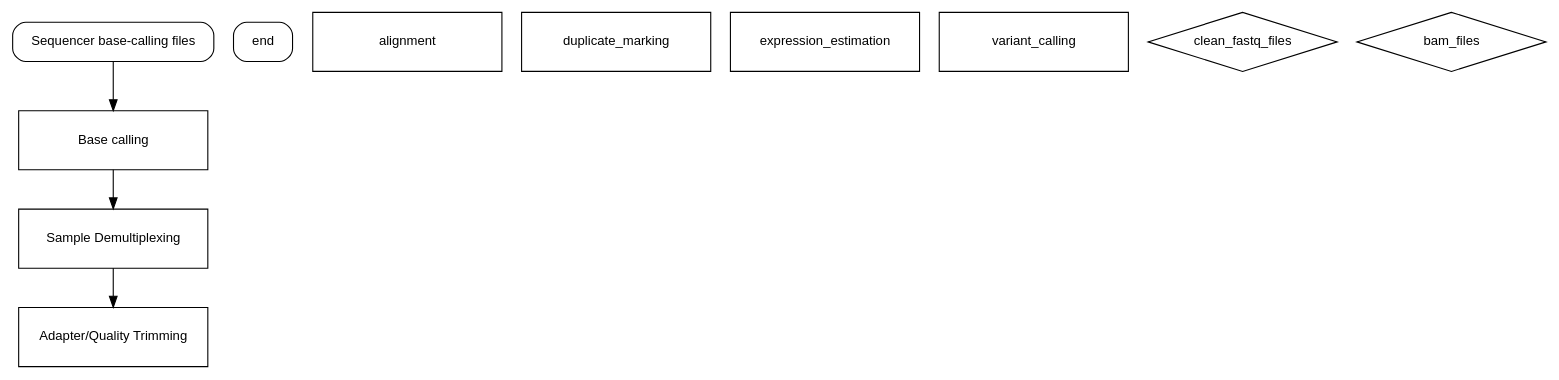
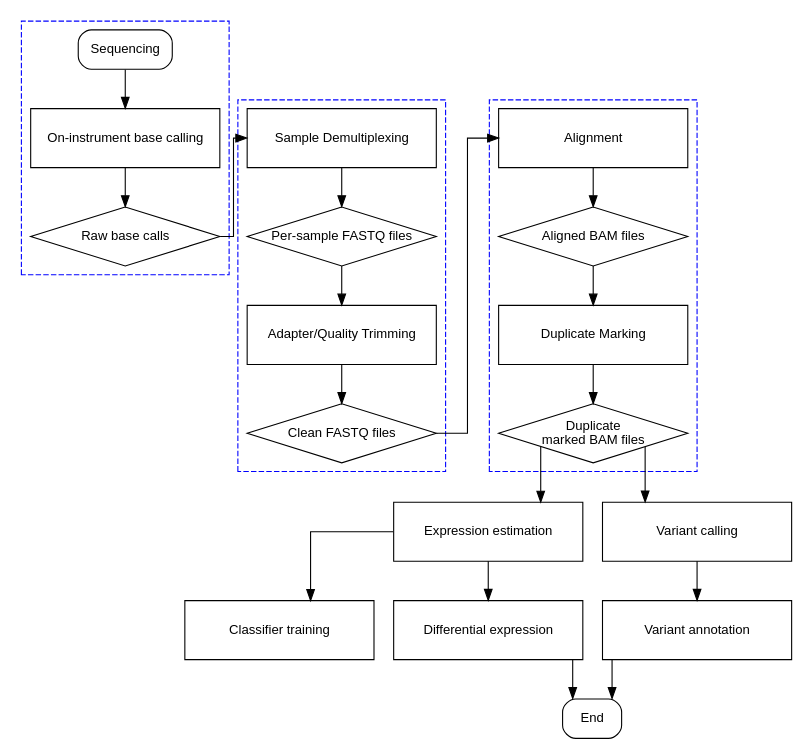
Before and after one commit to cbrueffer/phd_thesis_plots: the diagram in rnaseq_computational_workflow/rnaseq_computational_workflow.gv, drawn with Graphviz. The commit also changed 1 other file, not shown here.

Commit message:
Flesh out the RNA-seq computational workflow.

```diff
--- a/rnaseq_computational_workflow/rnaseq_computational_workflow.gv
+++ b/rnaseq_computational_workflow/rnaseq_computational_workflow.gv
@@ -1,45 +1,89 @@
+#
+# Computational RNA-seq workflow
+#
+
 digraph G {
-    #label = "General RNA-seq Workflow";
     graph [splines=ortho];
     newrank=true;
 
     node[nodesep=0.1, ranksep=0.6, fontsize=15];
     edge[weight=1.6];
 
     node[shape="box", style="rounded", fontsize=12, fontname = "helvetica"]
         start; end;
     node[shape="rect", style="", fixedsize=true, width="2.4", height="0.75", fontsize=12, fontname = "helvetica", fillcolor = "#ffffff"]
 	    base_calling; demultiplexing; alignment; duplicate_marking; trimming; expression_estimation;
-	    variant_calling;
+	    variant_calling; variant_anno; differential_expression; classifier_training;
 	node[shape="diamond", style="", fixedsize=true, width="2.4", height="0.75"]
-		clean_fastq_files; bam_files;
+		base_calls; demultiplexed_fastq; clean_fastq_files; bam_files; bam_files_markdup;
 
     # define nodes
-    start [label="Sequencer base-calling files"];
-    base_calling [label="Base calling"];
+    start [label="Sequencing"];
+    base_calling [label="On-instrument base calling"];
+    base_calls [label="Raw base calls"];
     demultiplexing [label="Sample Demultiplexing"];
-#    clean_fastq_files [label="Clean FASTQ files"];
-#    bam_files [label="Aligned BAM files"];
-#    alignment [label="Alignment"];
-#    duplicate_marking [label="Duplicate Marking"];
+    demultiplexed_fastq [label="Per-sample FASTQ files"];
     trimming [label="Adapter/Quality Trimming"];
-#    expression_estimation [label="Expression estimation"];
-#    differential_expression = [label="Differential expression"];
-#    variant_calling [label="Variant calling"];
-#    variant_anno = [label="Variant annotation"];
-#    end [label = "End"];
+    clean_fastq_files [label="Clean FASTQ files"];
+    alignment [label="Alignment"];
+    bam_files [label="Aligned BAM files"];
+    bam_files_markdup [label="Duplicate\nmarked BAM files"];
+    duplicate_marking [label="Duplicate Marking"];
+    expression_estimation [label="Expression estimation"];
+    differential_expression [label="Differential expression"];
+    classifier_training [label="Classifier training"]
+    variant_calling [label="Variant calling"];
+    variant_anno [label="Variant annotation"];
+    end [label="End"];
 
     # define edges
     start -> base_calling;
-    base_calling -> demultiplexing;
-    demultiplexing -> trimming;
-#    trimming -> clean_fastq_files;
-#    clean_fastq_files -> alignment;
-#    alignment -> duplicate_marking;
-#    duplicate_marking -> bam_files;
-#    bam_files -> expression_estimation;
-#    bam_files -> variant_calling;
-#    expression_estimation -> end;
-#    variant_calling -> end;
+    base_calling -> base_calls
+    base_calls -> demultiplexing;
+    demultiplexing -> demultiplexed_fastq;
+    demultiplexed_fastq -> trimming;
+    trimming -> clean_fastq_files;
+    clean_fastq_files -> alignment;
+    alignment -> bam_files;
+    bam_files -> duplicate_marking;
+    duplicate_marking -> bam_files_markdup;
+    bam_files_markdup -> expression_estimation;
+    bam_files_markdup -> variant_calling;
+    expression_estimation -> differential_expression;
+    expression_estimation -> classifier_training;
+    differential_expression -> end;
+    variant_calling -> variant_anno;
+    variant_anno -> end;
+
+    subgraph cluster_sequencing {
+		style=dashed;
+		color=blue;
+
+        start;
+        base_calling;
+        base_calls;
+	}
+
+	subgraph cluster_prealign {
+		style=dashed;
+		color=blue;
+
+        demultiplexing;
+        demultiplexed_fastq;
+        trimming;
+        clean_fastq_files;
+	}
+
+	subgraph cluster_postalign {
+		style=dashed;
+		color=blue;
+
+		alignment;
+        bam_files;
+        duplicate_marking;
+        bam_files_markdup;
+	}
+
+	{ rank=same; base_calling; demultiplexing; alignment}
 
 }
```
